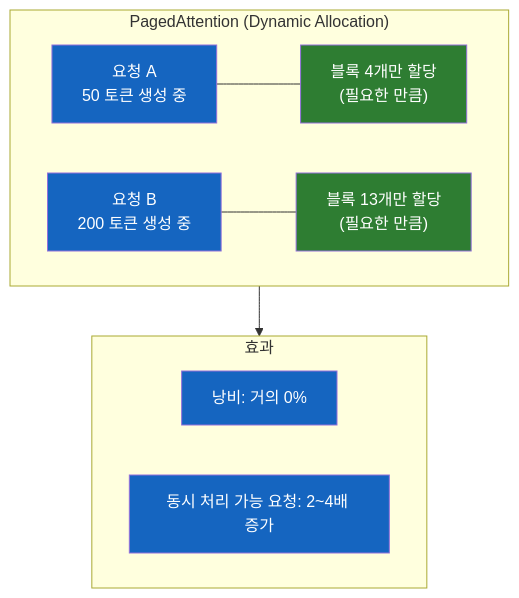
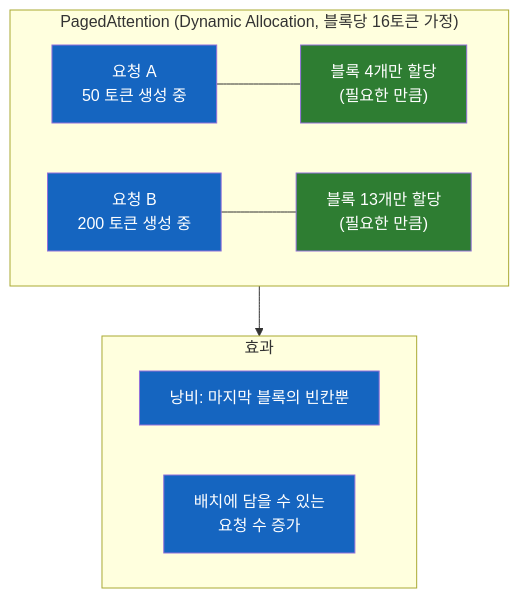
Before and after one commit to sskim91/TIL: the third of 8 diagrams in ai/vLLM-GPU-위의-LLM은-누가-서빙하는가.md, drawn with Mermaid. The commit also changed other lines of this file, not shown here.

````diff
--- a/ai/vLLM-GPU-위의-LLM은-누가-서빙하는가.md
+++ b/ai/vLLM-GPU-위의-LLM은-누가-서빙하는가.md
@@ -114,22 +121,22 @@
 ```mermaid
 flowchart TB
-    subgraph paged["PagedAttention (Dynamic Allocation)"]
+    subgraph paged["PagedAttention (Dynamic Allocation, 블록당 16토큰 가정)"]
         direction LR
         A["요청 A<br>50 토큰 생성 중"] --- B["블록 4개만 할당<br>(필요한 만큼)"]
         C["요청 B<br>200 토큰 생성 중"] --- D["블록 13개만 할당<br>(필요한 만큼)"]
     end
 
     subgraph benefit["효과"]
-        E["낭비: 거의 0%"]
-        F["동시 처리 가능 요청: 2~4배 증가"]
+        E["낭비: 마지막 블록의 빈칸뿐"]
+        F["배치에 담을 수 있는<br>요청 수 증가"]
     end
 
     paged --> benefit
 
     style A fill:#1565C0,color:#fff
     style B fill:#2E7D32,color:#fff
     style C fill:#1565C0,color:#fff
     style D fill:#2E7D32,color:#fff
     style E fill:#1565C0,color:#fff
     style F fill:#1565C0,color:#fff
 ```
````
